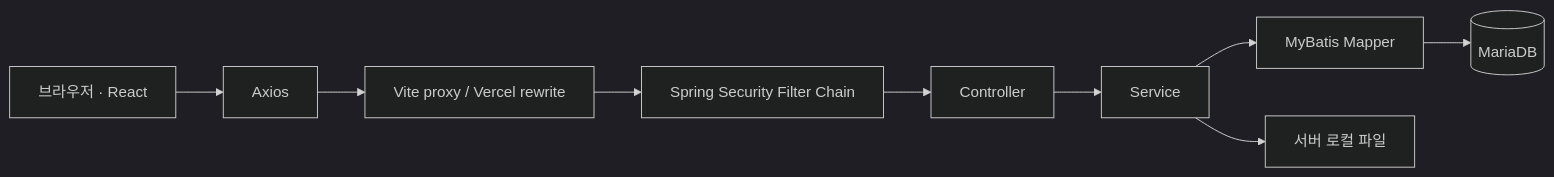
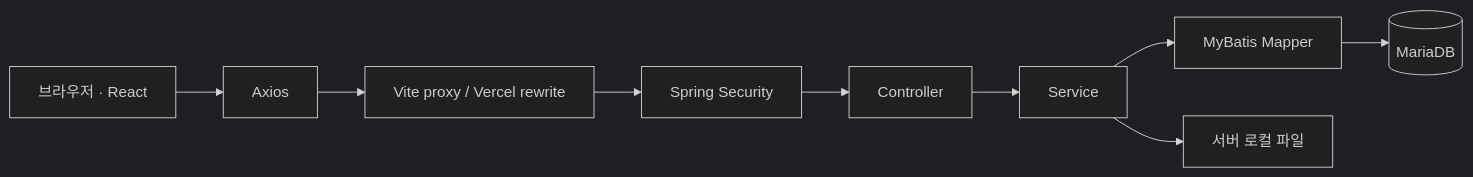
The first of 3 diagrams in docs/PETMILY_TECHNICAL_DOCUMENTATION.md (parkjaewook1/PetMilyProject), drawn with Mermaid (dark theme) before and after one commit. The commit also changed other lines of this file, not shown here.

````diff
--- a/docs/PETMILY_TECHNICAL_DOCUMENTATION.md
+++ b/docs/PETMILY_TECHNICAL_DOCUMENTATION.md
@@ -83,11 +34,11 @@
 ```mermaid
 flowchart LR
-  U["브라우저 · React"] --> AX["Axios"]
-  AX --> VX["Vite proxy / Vercel rewrite"]
-  VX --> SEC["Spring Security Filter Chain"]
-  SEC --> CT["Controller"]
-  CT --> SV["Service"]
-  SV --> MP["MyBatis Mapper"]
-  MP --> DB[(MariaDB)]
-  SV --> FS["서버 로컬 파일"]
+  B["브라우저 · React"] --> A["Axios"]
+  A --> P["Vite proxy / Vercel rewrite"]
+  P --> S["Spring Security"]
+  S --> C["Controller"]
+  C --> V["Service"]
+  V --> M["MyBatis Mapper"]
+  M --> D[(MariaDB)]
+  V --> F["서버 로컬 파일"]
 ```
````
